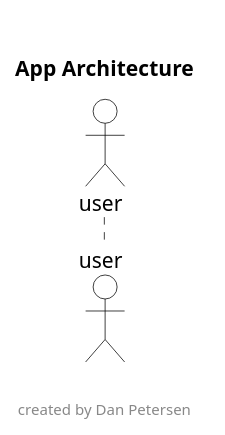
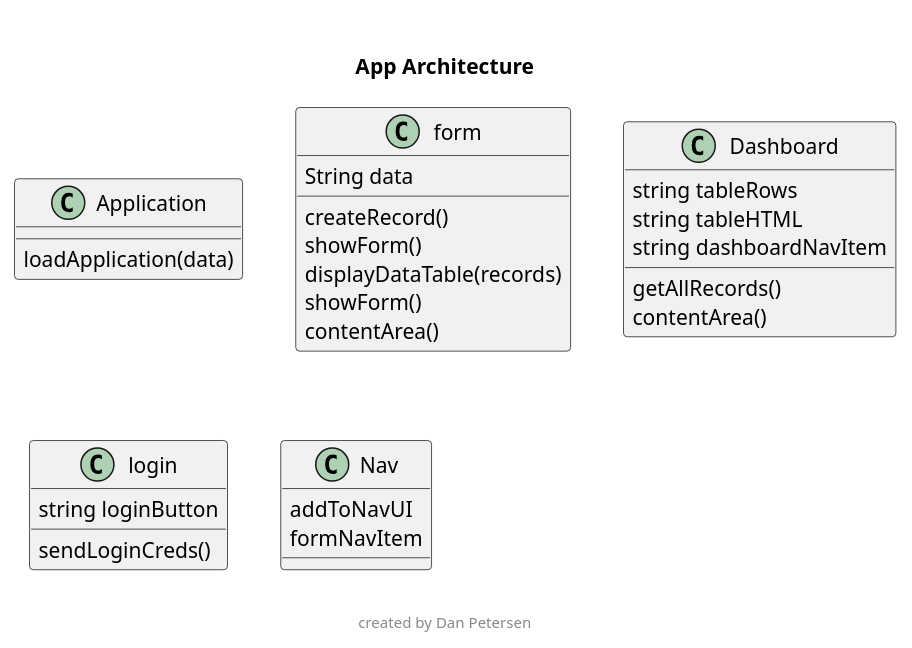
One commit to danpetersen-ghub/NodeJS-Starter changed the diagram in UML/classDesign.puml. Above: the diagram before and after it, drawn with PlantUML. The commit also changed 1 other file, not shown here.

Commit message:
current methods grouped by area - v1 attempt at architecture of FE

```diff
--- a/UML/classDesign.puml
+++ b/UML/classDesign.puml
@@ -1,58 +1,82 @@
 @startuml 
 
 /' 
 More information here:
 https://plantuml.com/sequence-diagram
 made with:
 https://plantuml-editor.kkeisuke.com/
 '/
 
 title 
 App Architecture
 end title
 header  ""
 caption ""
 footer 
 created by Dan Petersen
 end footer
 
 
 /'STYLE'/
 'do not use UML style
 skinparam componentStyle rectangle
 
 'make appearance more neutral 
 skinparam Shadowing false
 skinparam ArrowColor #black
 skinparam InterfaceBorderColor #black
 
 skinparam RectangleBackgroundColor #lightgrey
 skinparam InterfaceBackgroundColor #white
 
 skinparam SequenceBoxBorderColor #black
 skinparam SequenceLifeLineBorderColor #black
 skinparam SequenceLifeLineBorderColor #black
 skinparam SequenceActorBorderColor #black
 skinparam SequenceBorderColor #black
 skinparam SequenceParticipantBorderColor #black
 skinparam NoteBorderColor #black
 
 skinparam QueueBackgroundColor #white
 skinparam QueueBorderColor #black
 
 skinparam ActorBackgroundColor #white
 
 'use standard font
 skinparam DefaultFontName "Segoe UI"
 
 
 
-/' Declarations '/
-actor "user"
+/' Classes under current config '/
+class Application {
+  loadApplication(data)
+}
+
+class form {
+  String data
+  
+  createRecord()
+  showForm()
+  displayDataTable(records)
+  showForm()
+  contentArea()
+}
+
+class Dashboard {
+  string tableRows
+  string tableHTML
+  string dashboardNavItem
+  getAllRecords()
+  contentArea()
+}
+class login {
+   string loginButton
+   sendLoginCreds()
+}
+class Nav {
+  addToNavUI
+  formNavItem
+}
 
 
-/'Flow '/
-/'Step: User Logs in '/
-
-/'END Flow '/
 @enduml
```
